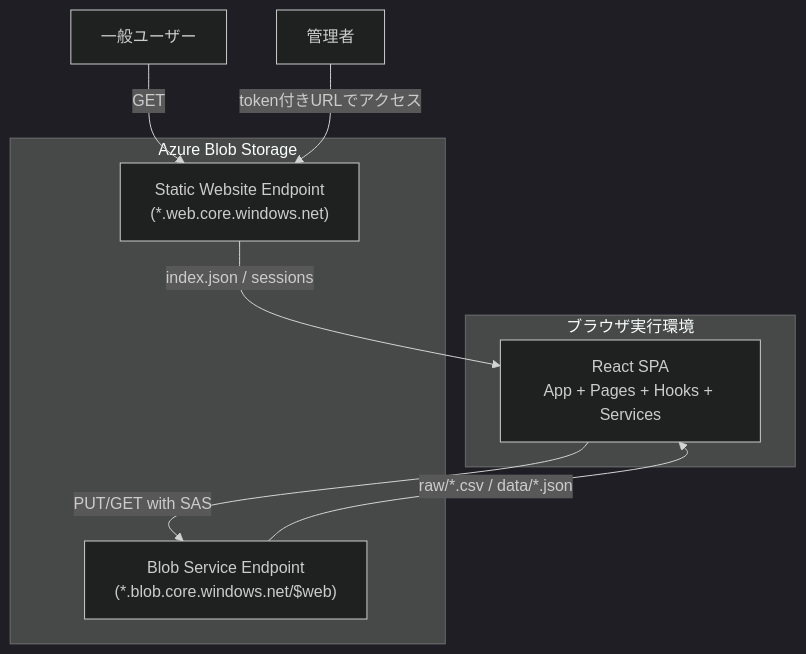
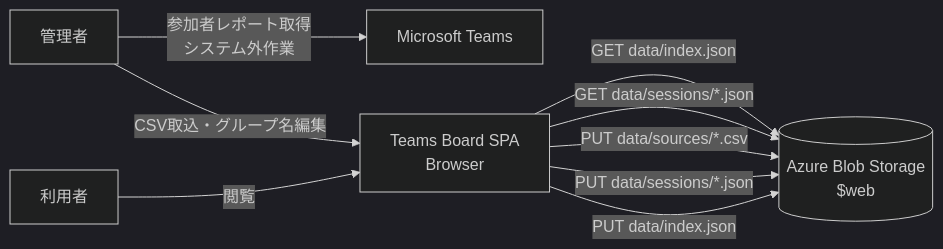
The first of 3 diagrams in docs/architecture.md (nuitsjp/teams-board), drawn with Mermaid (dark theme) before and after one commit. The commit also changed other lines of this file and 136 other files, not shown here.

````diff
--- a/docs/architecture.md
+++ b/docs/architecture.md
@@ -33,20 +27,17 @@
 ```mermaid
-graph TD
-    U[一般ユーザー]
-    A[管理者]
+graph LR
+    Admin[管理者]
+    User[利用者]
+    Teams[Microsoft Teams]
+    SPA[Teams Board SPA<br/>Browser]
+    Blob[(Azure Blob Storage<br/>$web)]
 
-    subgraph Browser["ブラウザ実行環境"]
-        SPA[React SPA<br/>App + Pages + Hooks + Services]
-    end
-
-    subgraph Azure["Azure Blob Storage"]
-        WEB["Static Website Endpoint<br/>(*.web.core.windows.net)"]
-        BLOB["Blob Service Endpoint<br/>(*.blob.core.windows.net/$web)"]
-    end
-
-    U -->|GET| WEB
-    WEB -->|index.json / sessions| SPA
-    A -->|token付きURLでアクセス| WEB
-    SPA -->|PUT/GET with SAS| BLOB
-    BLOB -->|raw/*.csv / data/*.json| SPA
+    Admin -->|参加者レポート取得<br/>システム外作業| Teams
+    Admin -->|CSV取込・グループ名編集| SPA
+    User -->|閲覧| SPA
+    SPA -->|GET data/index.json| Blob
+    SPA -->|GET data/sessions/*.json| Blob
+    SPA -->|PUT data/sources/*.csv| Blob
+    SPA -->|PUT data/sessions/*.json| Blob
+    SPA -->|PUT data/index.json| Blob
 ```
````
